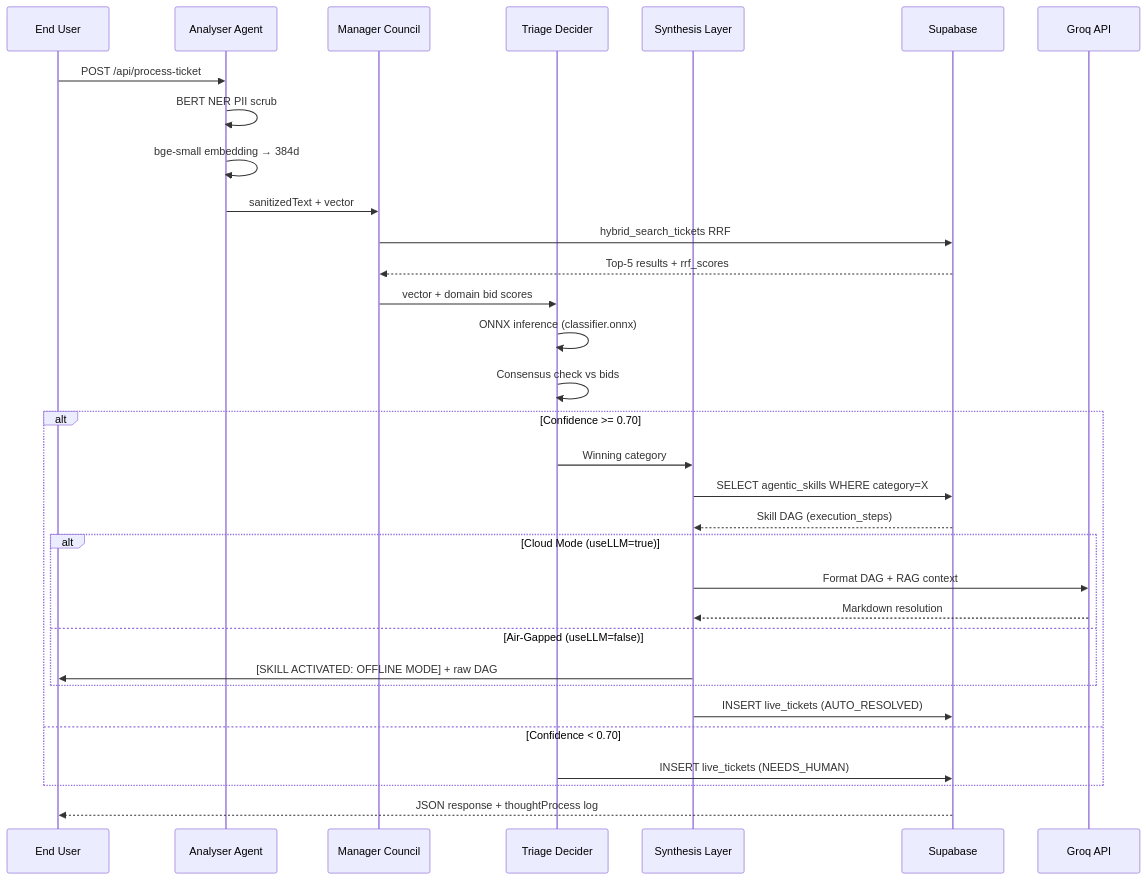
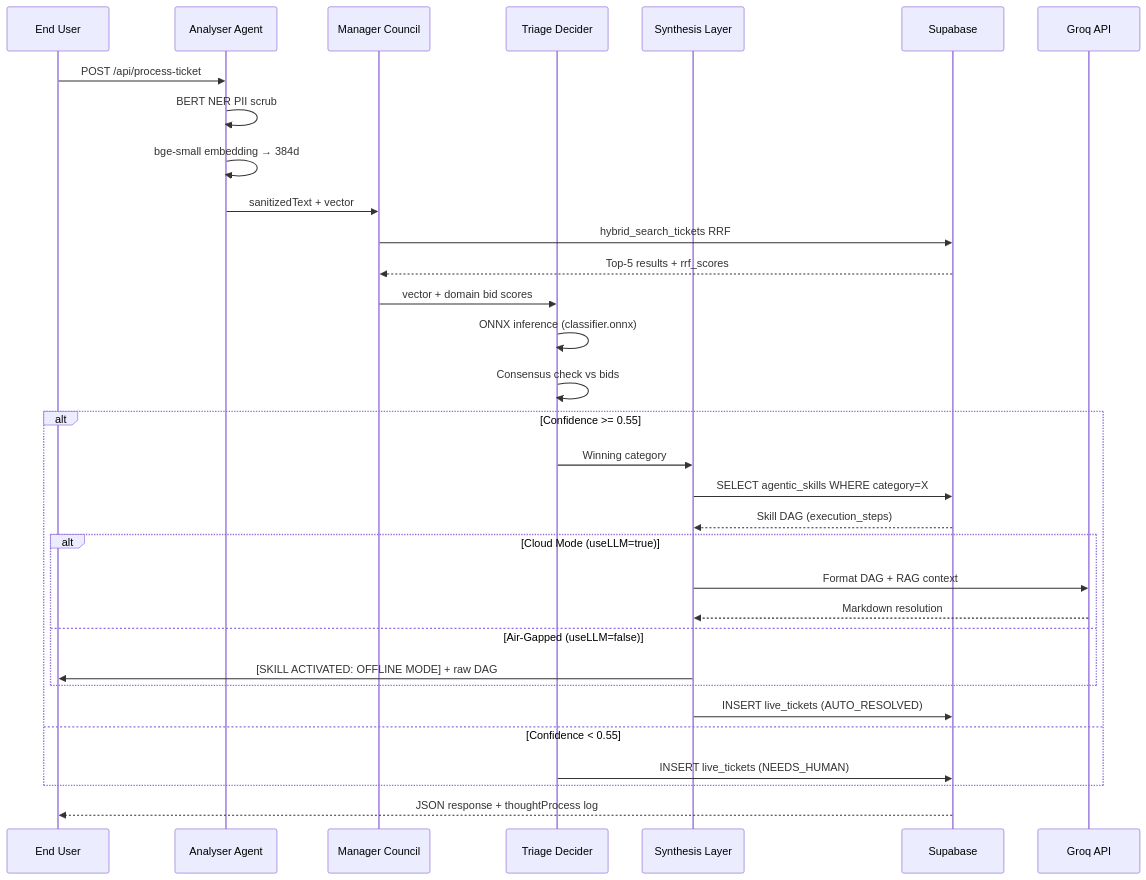
Before and after one commit to bitbroke/NASSCOM-helpdesk: the third of 4 diagrams in PROJECT_DESCRIPTION.md, drawn with Mermaid. The commit also changed other lines of this file and 22 other files, not shown here.

````diff
--- a/PROJECT_DESCRIPTION.md
+++ b/PROJECT_DESCRIPTION.md
@@ -133,35 +133,35 @@
 ```mermaid
 sequenceDiagram
     participant U as End User
     participant AN as Analyser Agent
     participant MC as Manager Council
     participant TD as Triage Decider
     participant SL as Synthesis Layer
     participant DB as Supabase
     participant LLM as Groq API
 
     U->>AN: POST /api/process-ticket
     AN->>AN: BERT NER PII scrub
     AN->>AN: bge-small embedding → 384d
     AN->>MC: sanitizedText + vector
     MC->>DB: hybrid_search_tickets RRF
     DB-->>MC: Top-5 results + rrf_scores
     MC->>TD: vector + domain bid scores
     TD->>TD: ONNX inference (classifier.onnx)
     TD->>TD: Consensus check vs bids
-    alt Confidence >= 0.70
+    alt Confidence >= 0.55
         TD->>SL: Winning category
         SL->>DB: SELECT agentic_skills WHERE category=X
         DB-->>SL: Skill DAG (execution_steps)
         alt Cloud Mode (useLLM=true)
             SL->>LLM: Format DAG + RAG context
             LLM-->>SL: Markdown resolution
         else Air-Gapped (useLLM=false)
             SL->>U: [SKILL ACTIVATED: OFFLINE MODE] + raw DAG
         end
         SL->>DB: INSERT live_tickets (AUTO_RESOLVED)
-    else Confidence < 0.70
+    else Confidence < 0.55
         TD->>DB: INSERT live_tickets (NEEDS_HUMAN)
     end
     DB-->>U: JSON response + thoughtProcess log
 ```
````
